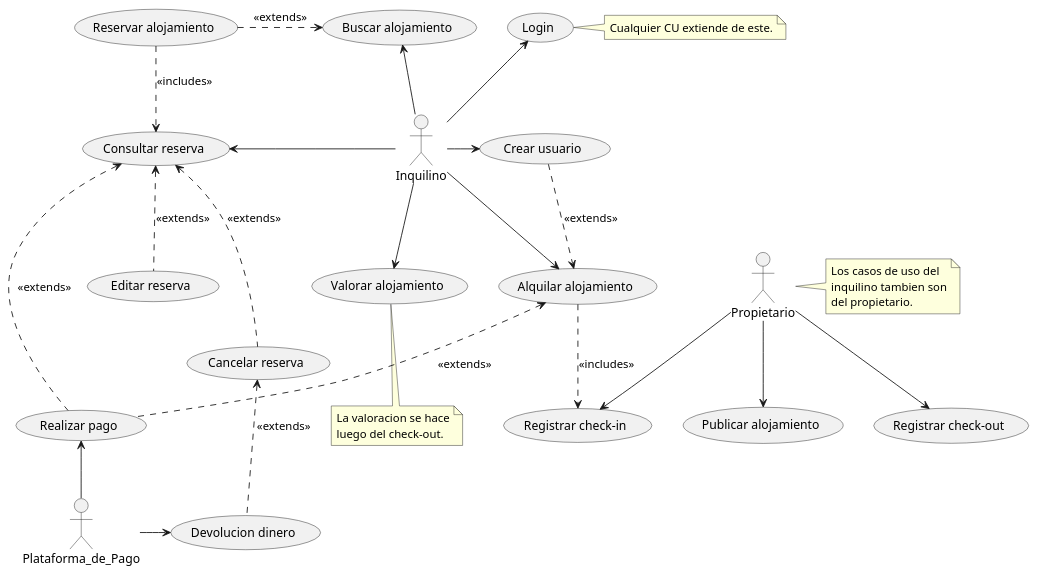
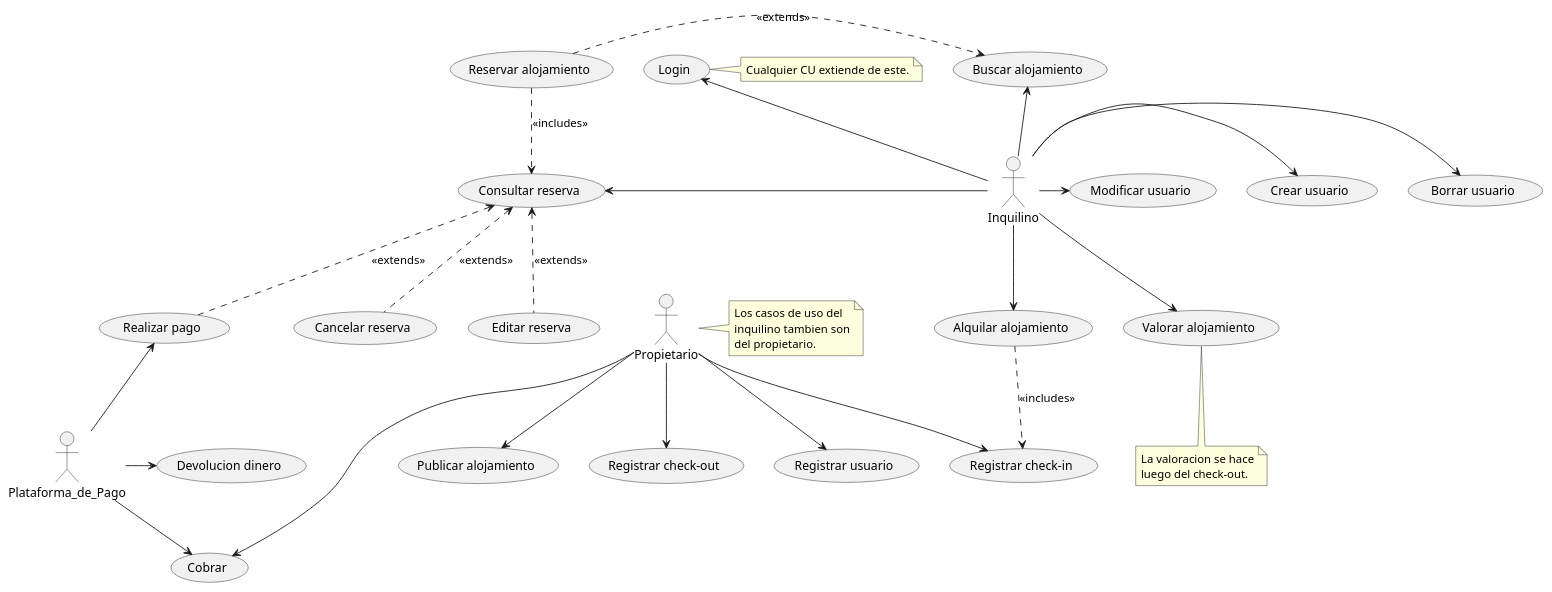
One commit to franciscolmos/IS1-EasyHome changed the diagram in Diagrama_CU/Diagrama_CU.puml. Above: the diagram before and after it, drawn with PlantUML. The commit also changed 5 other files, not shown here.

Commit message:
[REFACTOR] - cambios en diagramas: CU, Clases y Descripcion_CU

```diff
--- a/Diagrama_CU/Diagrama_CU.puml
+++ b/Diagrama_CU/Diagrama_CU.puml
@@ -1,59 +1,60 @@
 @startuml Diagrama_CU
 actor Inquilino
 Inquilino -right-> (Crear usuario)
+Inquilino -right-> (Modificar usuario)
+Inquilino -right-> (Borrar usuario)
 Inquilino -left-> (Consultar reserva)
 Inquilino --> (Valorar alojamiento)
 Inquilino -up-> (Buscar alojamiento)
 Inquilino --> (Alquilar alojamiento)
 Inquilino -up-> (Login)
 
 (Consultar reserva) <.down. (Cancelar reserva) : <<extends>>
-(Cancelar reserva) <.down. (Devolucion dinero) : <<extends>>
 (Reservar alojamiento) .right.> (Buscar alojamiento) : <<extends>>
-(Realizar pago) .up.> (Alquilar alojamiento) : <<extends>>
 (Alquilar alojamiento) ..> (Registrar check-in) : <<includes>>
-(Alquilar alojamiento) <.up. (Crear usuario) : <<extends>>
 (Consultar reserva) <.. (Realizar pago) : <<extends>>
 (Reservar alojamiento) ..>  (Consultar reserva) : <<includes>>
 (Consultar reserva) <.. (Editar reserva) : <<extends>>
  
 
 actor Propietario
 Propietario --> (Registrar check-in)
 Propietario --> (Publicar alojamiento)
 Propietario --> (Registrar check-out)
-
+Propietario --> (Cobrar)
+Propietario --> (Registrar usuario)
 
 actor Plataforma_de_Pago
 Plataforma_de_Pago -up-> (Realizar pago)
 Plataforma_de_Pago -right-> (Devolucion dinero)
+Plataforma_de_Pago --> (Cobrar)
 
 note right of (Propietario)
   Los casos de uso del
   inquilino tambien son
   del propietario. 
 end note
 
 note bottom of (Valorar alojamiento)
   La valoracion se hace
   luego del check-out.
 end note
 
 note right of (Login)
   Cualquier CU extiende de este.
 end note
 
 
 
 /'
     CONSULTAS:
     * ¿Como diagramamos los pagos parciales?
     * Propietario --> (Pago efectivo)
     * No se deberia poder realizar un pago
       sin antes alquilar un alojamiento
       (¿esto es a nivel D_CU o DC ?)
     * ¿ Devolucion dinero es CU ?
     * Devolucion dinero es CU como se relaciona
       con la Plataforma_de_Pago
 '/
 @enduml
```
